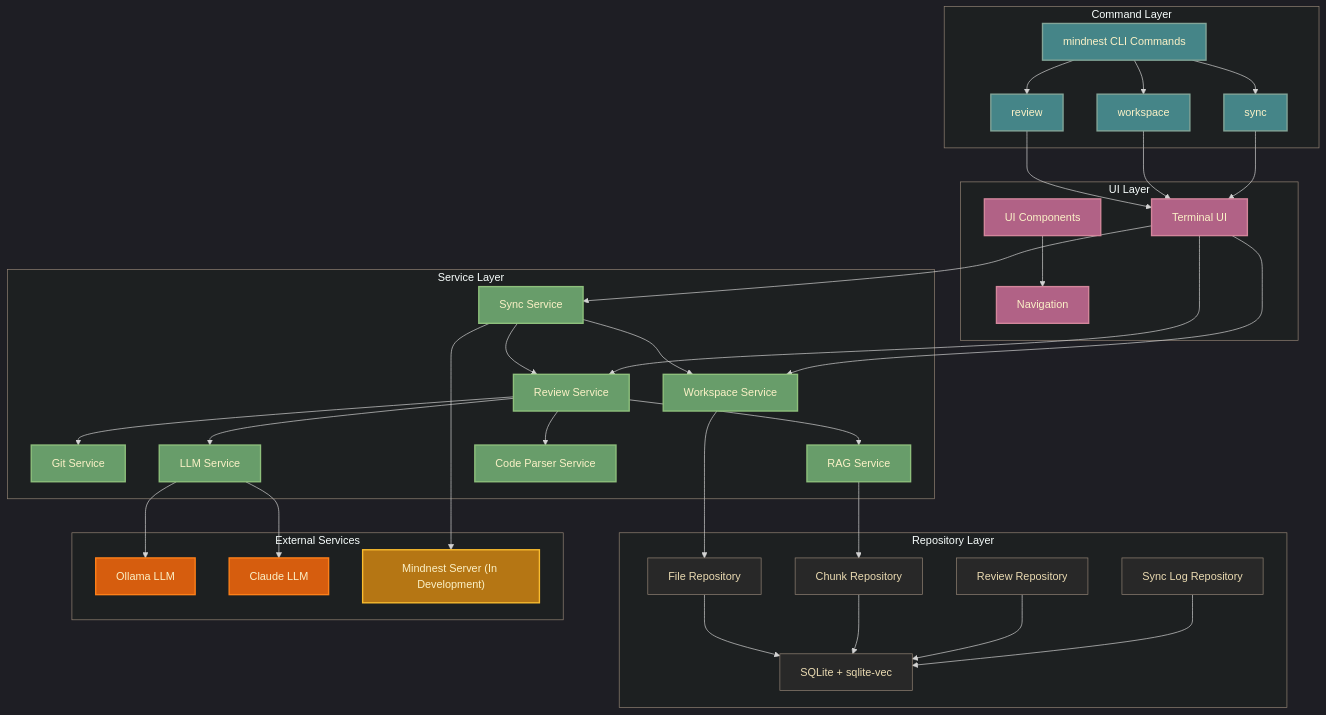
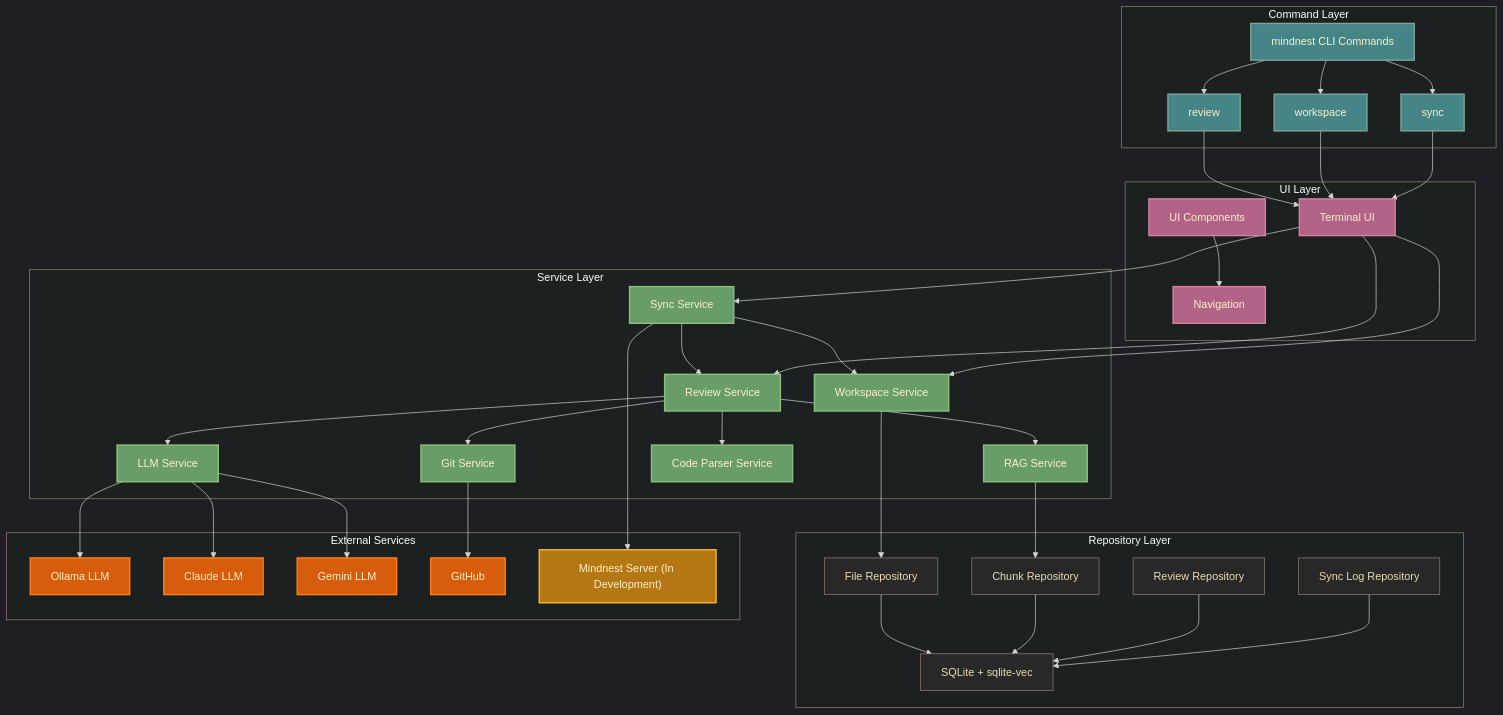
The diagram in README.md (tildaslashalef/mindnest), drawn with Mermaid before and after one commit. The commit also changed other lines of this file, not shown here.

```diff
--- a/README.md
+++ b/README.md
@@ -214,6 +214,8 @@
     subgraph External["External Services"]
         Ollama["Ollama LLM"]
         Claude["Claude LLM"]
+        Gemini["Gemini LLM"]
+        GitHub["GitHub"]
         Server["Mindnest Server (In Development)"]
     end
 
@@ -247,7 +249,9 @@
     %% External service connections
     LLM --> Ollama
     LLM --> Claude
+    LLM --> Gemini
     Sync --> Server
+    Git --> GitHub
 
     %% UI to Service connections
     TUI --> Review
@@ -265,7 +269,7 @@
 
     class CLI,CMD,ReviewCmd,WorkspaceCmd,SyncCmd primary;
     class Services,WS,Review,Git,LLM,RAG,Parser,Sync secondary;
-    class External,Ollama,Claude external;
+    class External,Ollama,Claude,Gemini,GitHub external;
     class Server indev;
     class UI,TUI,Components,Navigation ui;
 
```
